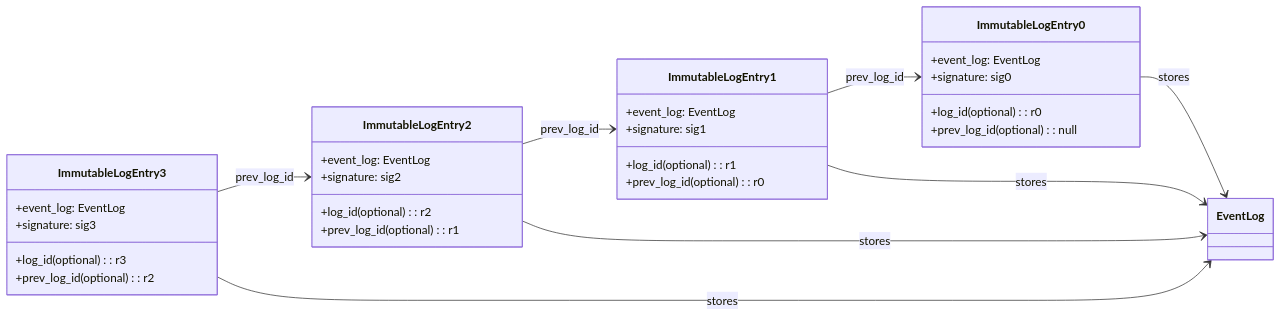
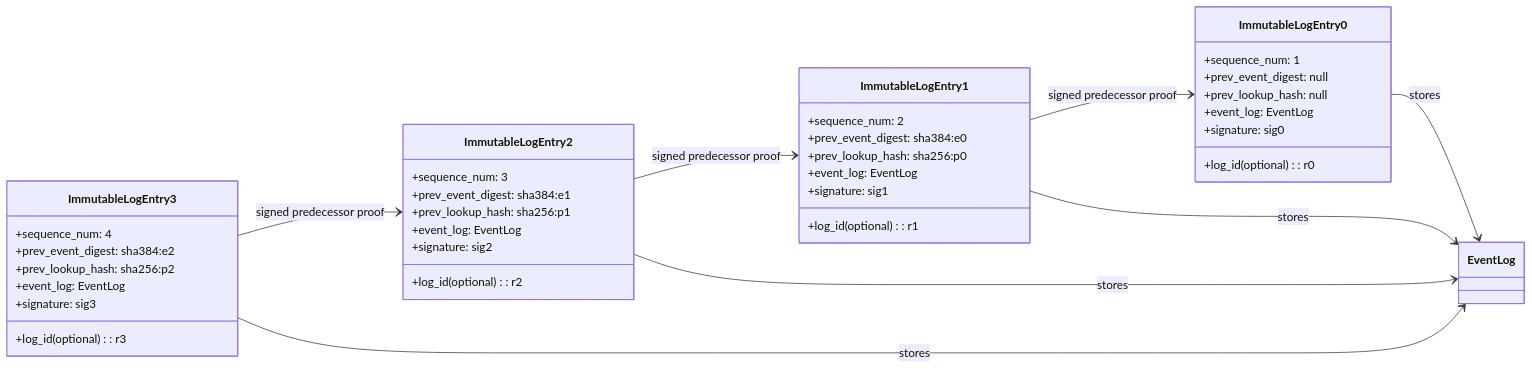
Before and after one commit to intel/confidential-computing-zoo: the third of 7 diagrams in docs/trusted-log/architecture.md, drawn with Mermaid. The commit also changed other lines of this file and 100 other files, not shown here.

````diff
--- a/docs/trusted-log/architecture.md
+++ b/docs/trusted-log/architecture.md
@@ -223,41 +224,49 @@
 ```mermaid
 classDiagram
     direction LR
 
     class ImmutableLogEntry0 {
         +log_id(optional): r0
-        +prev_log_id(optional): null
+        +sequence_num: 1
+        +prev_event_digest: null
+        +prev_lookup_hash: null
         +event_log: EventLog
         +signature: sig0
     }
 
     class ImmutableLogEntry1 {
         +log_id(optional): r1
-        +prev_log_id(optional): r0
+        +sequence_num: 2
+        +prev_event_digest: sha384:e0
+        +prev_lookup_hash: sha256:p0
         +event_log: EventLog
         +signature: sig1
     }
 
     class ImmutableLogEntry2 {
         +log_id(optional): r2
-        +prev_log_id(optional): r1
+        +sequence_num: 3
+        +prev_event_digest: sha384:e1
+        +prev_lookup_hash: sha256:p1
         +event_log: EventLog
         +signature: sig2
     }
 
     class ImmutableLogEntry3 {
         +log_id(optional): r3
-        +prev_log_id(optional): r2
+        +sequence_num: 4
+        +prev_event_digest: sha384:e2
+        +prev_lookup_hash: sha256:p2
         +event_log: EventLog
         +signature: sig3
     }
 
     ImmutableLogEntry0 --> EventLog : stores
     ImmutableLogEntry1 --> EventLog : stores
     ImmutableLogEntry2 --> EventLog : stores
     ImmutableLogEntry3 --> EventLog : stores
 
-    ImmutableLogEntry1 --> ImmutableLogEntry0 : prev_log_id
-    ImmutableLogEntry2 --> ImmutableLogEntry1 : prev_log_id
-    ImmutableLogEntry3 --> ImmutableLogEntry2 : prev_log_id
+    ImmutableLogEntry1 --> ImmutableLogEntry0 : signed predecessor proof
+    ImmutableLogEntry2 --> ImmutableLogEntry1 : signed predecessor proof
+    ImmutableLogEntry3 --> ImmutableLogEntry2 : signed predecessor proof
 ```
````
